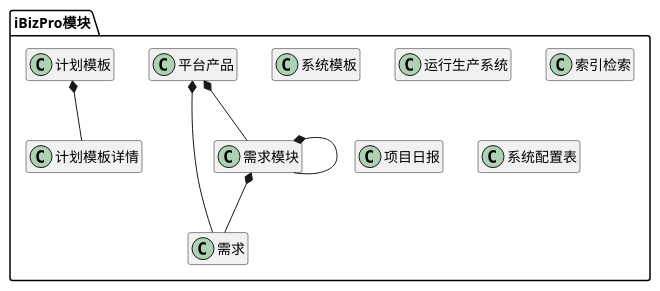
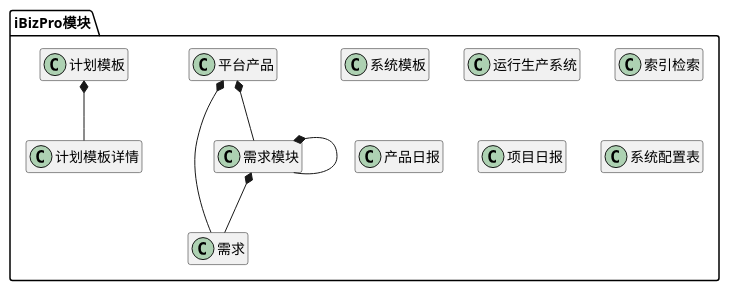
One commit to zj335841911/nt_chandao changed the diagram in ibizpms-docs/src/main/doc/v1/module/ibizpro.md. Above: the diagram before and after it, drawn with PlantUML. The commit also changed other lines of this file and 15 other files, not shown here.

```diff
--- a/ibizpms-docs/src/main/doc/v1/module/ibizpro.md
+++ b/ibizpms-docs/src/main/doc/v1/module/ibizpro.md
@@ -6,56 +6,59 @@
 {% plantuml %}
 
 package iBizPro模块 {
 
 class 平台产品 {
 }
 
 class 需求 {
 }
 
 class 需求模块 {
 }
 
 class 系统模板 {
 }
 
 class 运行生产系统 {
 }
 
 class 索引检索 {
+}
+
+class 产品日报 {
 }
 
 class 项目日报 {
 }
 
 class 计划模板 {
 }
 
 class 计划模板详情 {
 }
 
 class 系统配置表 {
 }
 
 
 平台产品 *-- 需求模块 
 
 
 需求模块 *-- 需求模块 
 
 
 平台产品 *-- 需求 
 
 
 需求模块 *-- 需求 
 
 
 计划模板 *-- 计划模板详情 
 
 
 
 }
 
 hide members
 
 {% endplantuml %}
```
